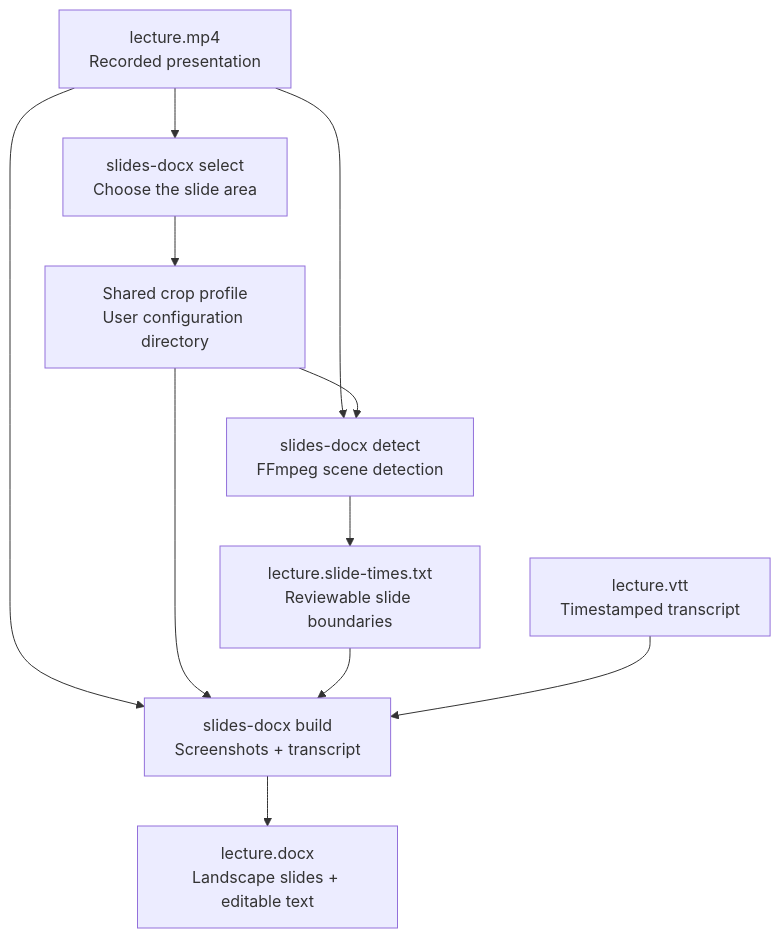
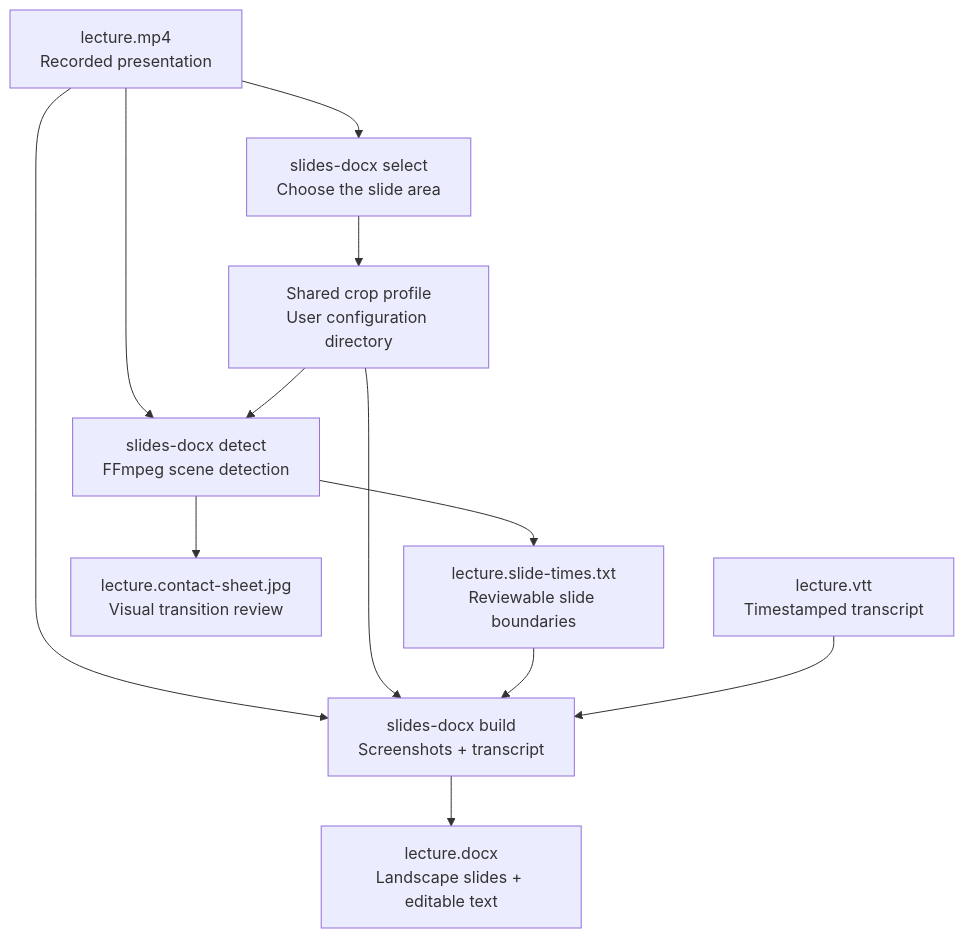
Before and after one commit to Dreyvor/Slides-docx: the diagram in README.md, drawn with Mermaid. The commit also changed other lines of this file and 14 other files, not shown here.

Commit message:
Add auto-completion & contact_sheet features

````diff
--- a/README.md
+++ b/README.md
@@ -9,19 +9,21 @@
 ```mermaid
 flowchart TD
     video["lecture.mp4<br/>Recorded presentation"]
     select["slides-docx select<br/>Choose the slide area"]
     profile["Shared crop profile<br/>User configuration directory"]
     detect["slides-docx detect<br/>FFmpeg scene detection"]
     times["lecture.slide-times.txt<br/>Reviewable slide boundaries"]
+    contact["lecture.contact-sheet.jpg<br/>Visual transition review"]
     vtt["lecture.vtt<br/>Timestamped transcript"]
     build["slides-docx build<br/>Screenshots + transcript"]
     docx["lecture.docx<br/>Landscape slides + editable text"]
 
     video --> select --> profile
     video --> detect
     profile --> detect --> times
+    detect --> contact
     video --> build
     profile --> build
     times --> build
     vtt --> build --> docx
 ```
````
